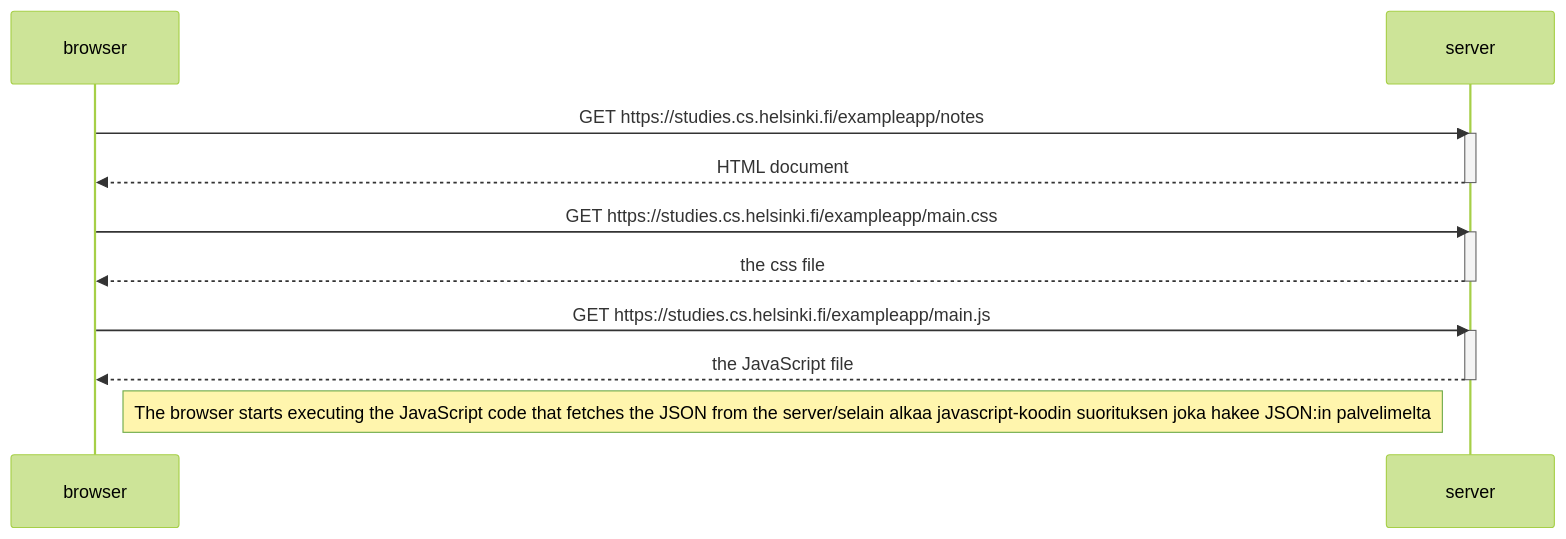
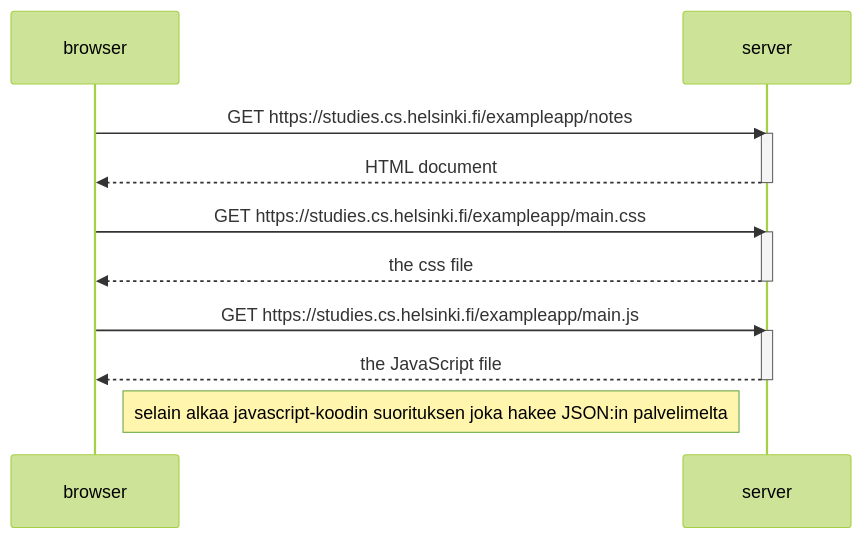
One commit to moocjsi/mooc-harj03 changed the diagram in mermaid-test6.md. Above: the diagram before and after it, drawn with Mermaid (forest theme).

````diff
--- a/mermaid-test6.md
+++ b/mermaid-test6.md
@@ -1,23 +1,23 @@
 ```mermaid
 sequenceDiagram
     participant browser
     participant server
     
     browser->>server: GET https://studies.cs.helsinki.fi/exampleapp/notes
     activate server
     server-->>browser: HTML document
     deactivate server
 
     browser->>server: GET https://studies.cs.helsinki.fi/exampleapp/main.css
     activate server
     server-->>browser: the css file
     deactivate server
 
     browser->>server: GET https://studies.cs.helsinki.fi/exampleapp/main.js
     activate server
     server-->>browser: the JavaScript file
     deactivate server
 
-    Note right of browser: The browser starts executing the JavaScript code that fetches the JSON from the server/selain alkaa  javascript-koodin suorituksen joka hakee JSON:in palvelimelta
+    Note right of browser: selain alkaa  javascript-koodin suorituksen joka hakee JSON:in palvelimelta
 
 ```
````
